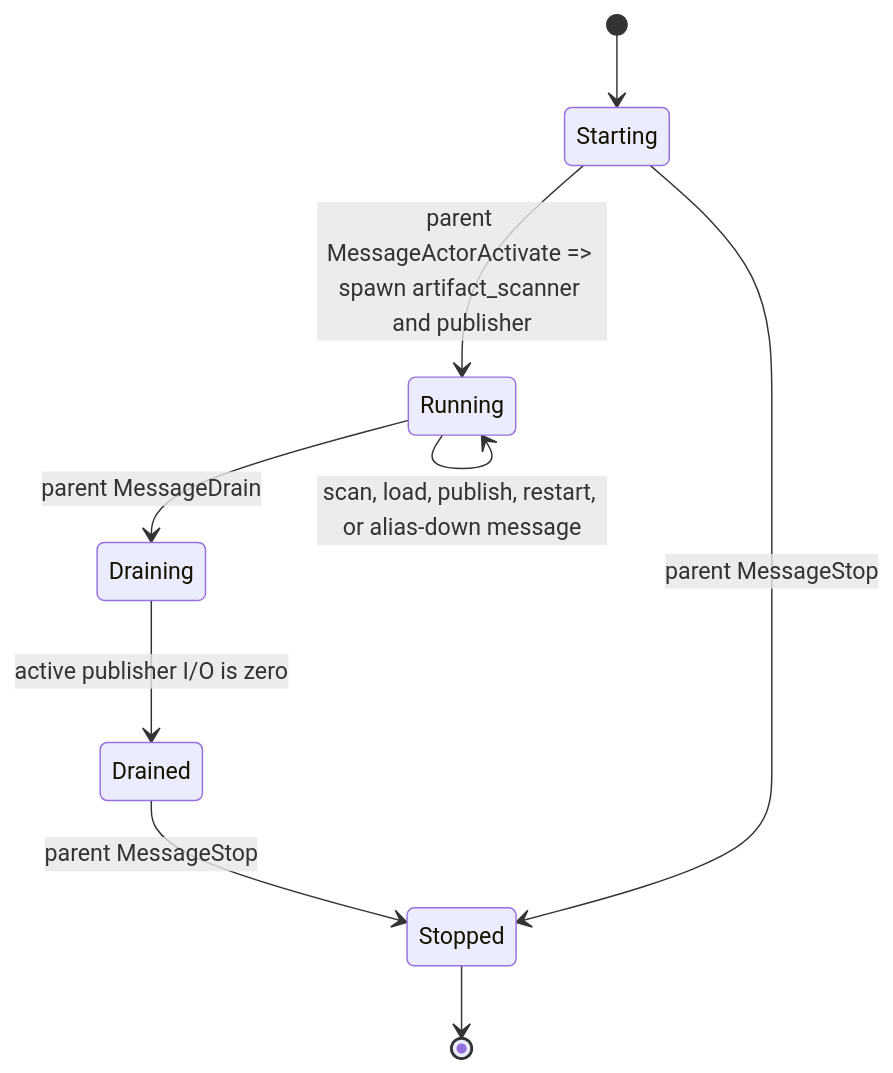
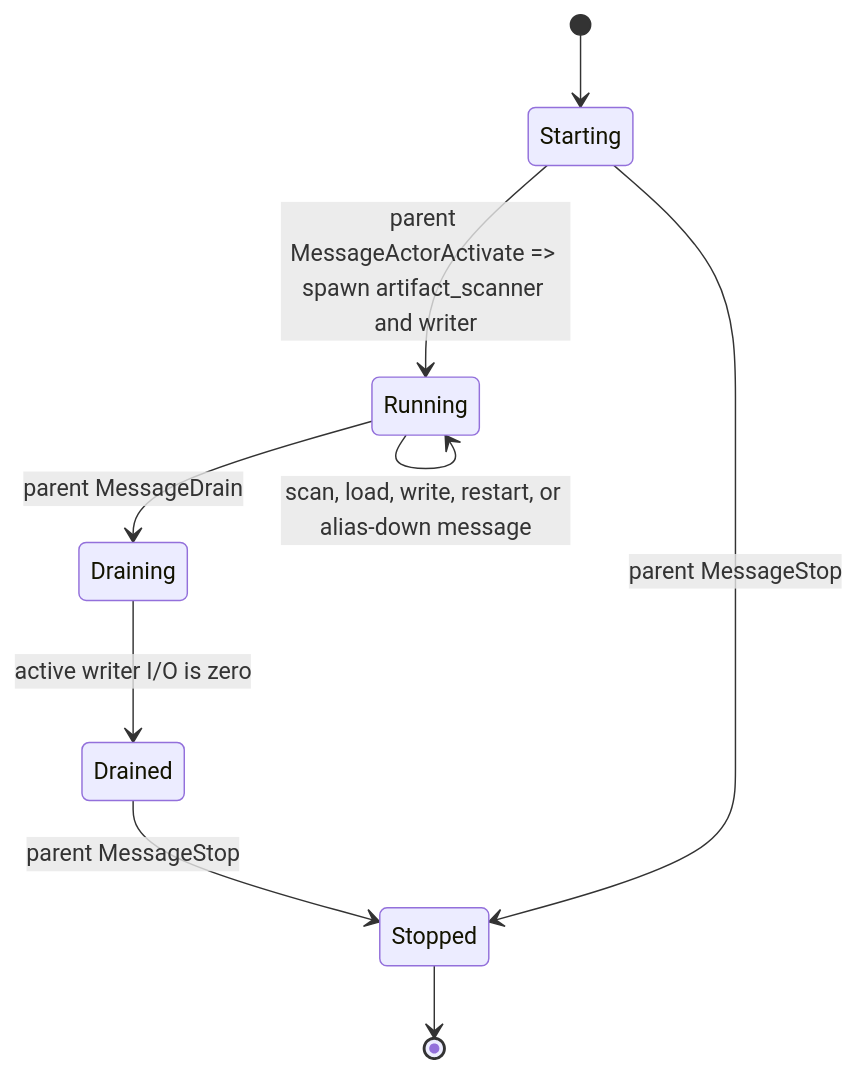
Before and after one commit to HarishHary/blink: the fourth of 8 diagrams in docs/internals/controller-runtime.md, drawn with Mermaid. The commit also changed other lines of this file and 115 other files, not shown here.

````diff
--- a/docs/internals/controller-runtime.md
+++ b/docs/internals/controller-runtime.md
@@ -140,11 +154,11 @@
 ```mermaid
 stateDiagram-v2
   [*] --> Starting
-  Starting --> Running: parent MessageActorActivate => spawn artifact_scanner and publisher
-  Running --> Running: scan, load, publish, restart, or alias-down message
+  Starting --> Running: parent MessageActorActivate => spawn artifact_scanner and writer
+  Running --> Running: scan, load, write, restart, or alias-down message
   Running --> Draining: parent MessageDrain
-  Draining --> Drained: active publisher I/O is zero
+  Draining --> Drained: active writer I/O is zero
   Drained --> Stopped: parent MessageStop
   Starting --> Stopped: parent MessageStop
   Stopped --> [*]
 ```
````
